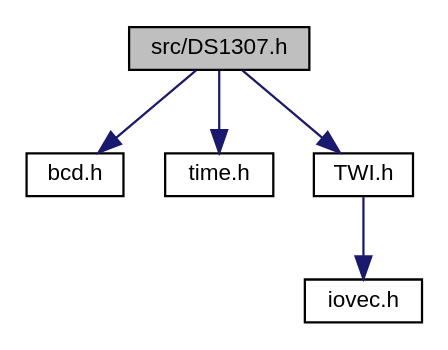
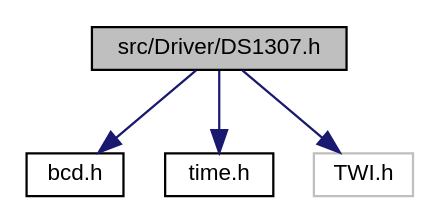
Before and after one commit to mikaelpatel/mikaelpatel.github.io: the diagram in Arduino-TWI/d7/dcc/DS1307_8h__incl.dot, drawn with Graphviz. The commit also changed 144 other files, not shown here.

```diff
--- a/Arduino-TWI/d7/dcc/DS1307_8h__incl.dot
+++ b/Arduino-TWI/d7/dcc/DS1307_8h__incl.dot
@@ -1,14 +1,12 @@
-digraph "src/DS1307.h"
+digraph "src/Driver/DS1307.h"
 {
   edge [fontname="Helvetica",fontsize="10",labelfontname="Helvetica",labelfontsize="10"];
   node [fontname="Helvetica",fontsize="10",shape=record];
-  Node1 [label="src/DS1307.h",height=0.2,width=0.4,color="black", fillcolor="grey75", style="filled", fontcolor="black"];
+  Node1 [label="src/Driver/DS1307.h",height=0.2,width=0.4,color="black", fillcolor="grey75", style="filled", fontcolor="black"];
   Node1 -> Node2 [color="midnightblue",fontsize="10",style="solid",fontname="Helvetica"];
   Node2 [label="bcd.h",height=0.2,width=0.4,color="black", fillcolor="white", style="filled",URL="$d3/db0/bcd_8h.html"];
   Node1 -> Node3 [color="midnightblue",fontsize="10",style="solid",fontname="Helvetica"];
   Node3 [label="time.h",height=0.2,width=0.4,color="black", fillcolor="white", style="filled",URL="$de/df7/time_8h.html"];
   Node1 -> Node4 [color="midnightblue",fontsize="10",style="solid",fontname="Helvetica"];
-  Node4 [label="TWI.h",height=0.2,width=0.4,color="black", fillcolor="white", style="filled",URL="$d7/d67/TWI_8h.html"];
-  Node4 -> Node5 [color="midnightblue",fontsize="10",style="solid",fontname="Helvetica"];
-  Node5 [label="iovec.h",height=0.2,width=0.4,color="black", fillcolor="white", style="filled",URL="$d6/dbc/iovec_8h.html"];
+  Node4 [label="TWI.h",height=0.2,width=0.4,color="grey75", fillcolor="white", style="filled"];
 }
```
